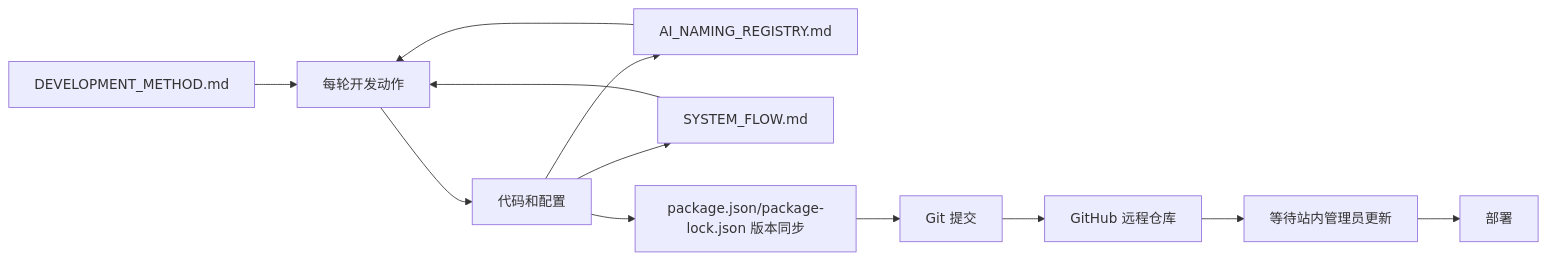
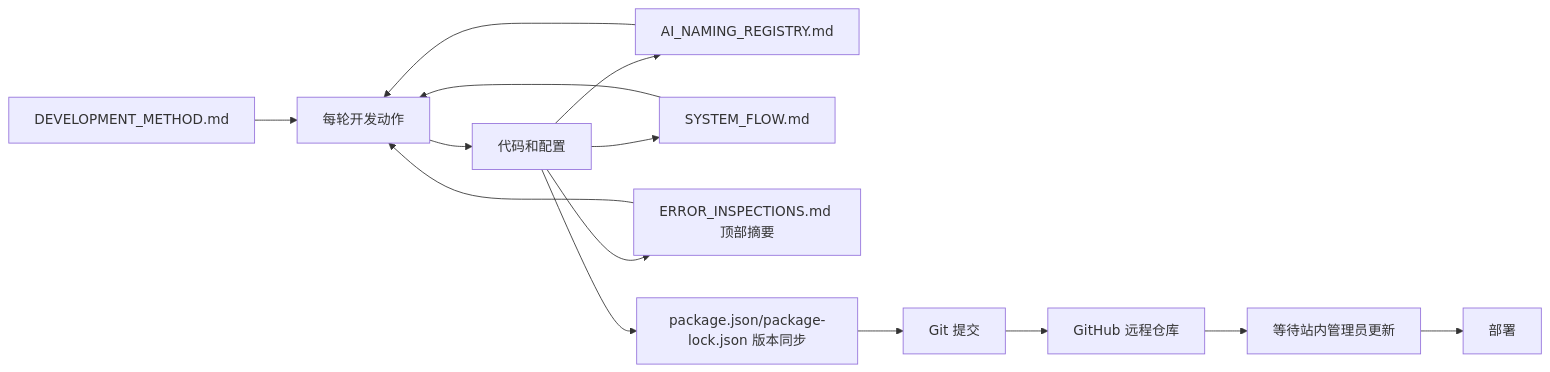
One commit to ttmanthatman/virtual-human-flow changed the second of 31 diagrams in docs/SYSTEM_FLOW.md. Above: the diagram before and after it, drawn with Mermaid. The commit also changed other lines of this file and 6 other files, not shown here.

````diff
--- a/docs/SYSTEM_FLOW.md
+++ b/docs/SYSTEM_FLOW.md
@@ -66,14 +67,16 @@
 ```mermaid
 flowchart LR
     DM[DEVELOPMENT_METHOD.md] --> WORK[每轮开发动作]
     NR[AI_NAMING_REGISTRY.md] --> WORK
     SF[SYSTEM_FLOW.md] --> WORK
+    EI[ERROR_INSPECTIONS.md 顶部摘要] --> WORK
     WORK --> CODE[代码和配置]
     CODE --> NR
     CODE --> SF
+    CODE --> EI
     CODE --> VER[package.json/package-lock.json 版本同步]
     VER --> GIT[Git 提交]
     GIT --> GH[GitHub 远程仓库]
     GH --> WAIT[等待站内管理员更新]
     WAIT --> VPS[<production-domain> 部署]
 ```
````
